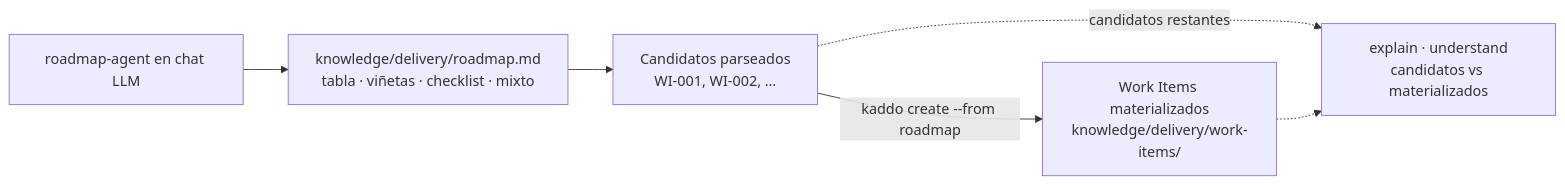
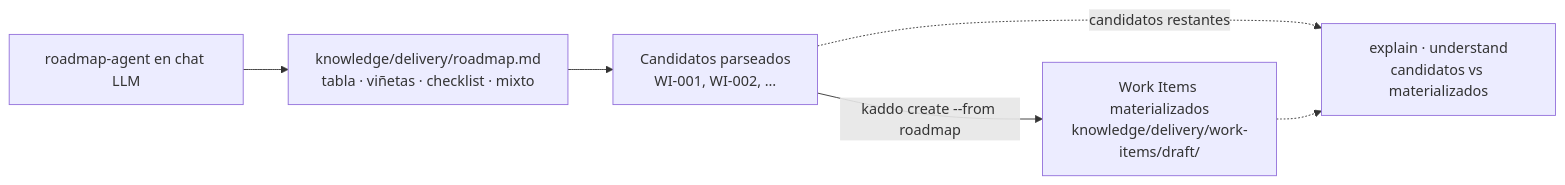
One commit to Kaddo-kdd/kaddo changed the tenth of 15 diagrams in apps/docs/src/content/docs/es/visual-guide.md. Above: the diagram before and after it, drawn with Mermaid. The commit also changed other lines of this file and 33 other files, not shown here.

````diff
--- a/apps/docs/src/content/docs/es/visual-guide.md
+++ b/apps/docs/src/content/docs/es/visual-guide.md
@@ -247,8 +247,8 @@
 ```mermaid
 flowchart LR
     A[roadmap-agent en chat LLM] --> B[knowledge/delivery/roadmap.md<br/>tabla · viñetas · checklist · mixto]
     B --> C[Candidatos parseados<br/>WI-001, WI-002, …]
-    C -->|kaddo create --from roadmap| D[Work Items materializados<br/>knowledge/delivery/work-items/]
+    C -->|kaddo create --from roadmap| D[Work Items materializados<br/>knowledge/delivery/work-items/draft/]
     C -.candidatos restantes.-> E[explain · understand<br/>candidatos vs materializados]
     D -.-> E
 ```
````
